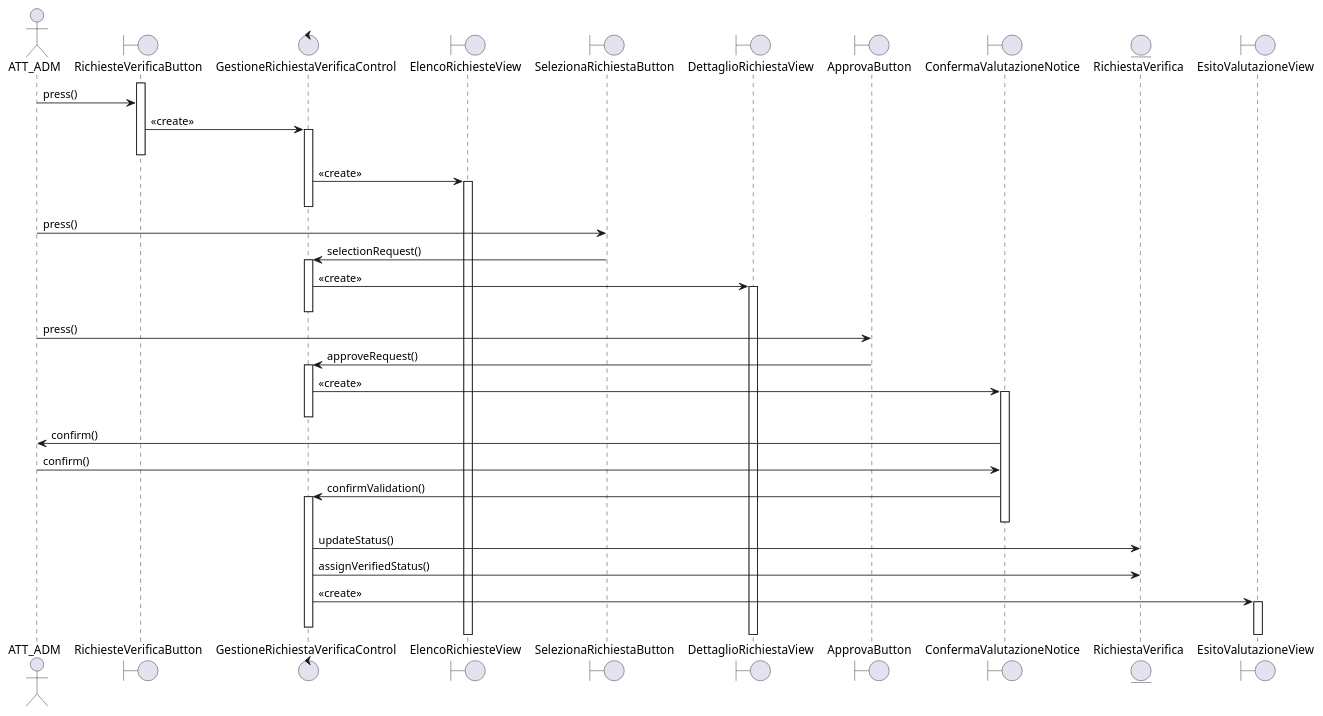
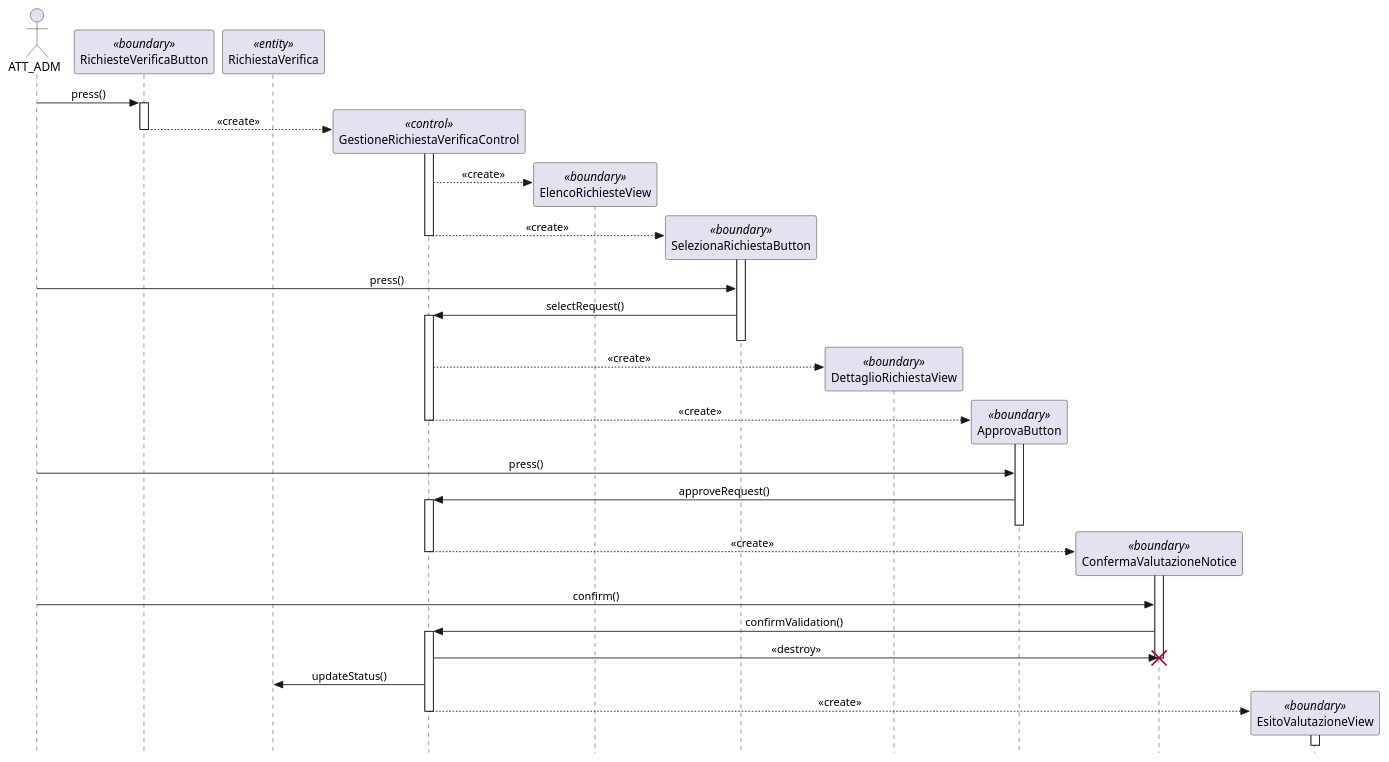
The diagram in RAD/src/SD/SD_GM_6.plantuml (rdelvacchio/AmplyMus), drawn with PlantUML before and after one commit. The commit also changed 5 other files, not shown here.

```diff
--- a/RAD/src/SD/SD_GM_6.plantuml
+++ b/RAD/src/SD/SD_GM_6.plantuml
@@ -1,47 +1,56 @@
 @startuml
+hide footbox
+skinparam style strictuml
+skinparam sequenceMessageAlign center
 
 actor ATT_ADM
-boundary "RichiesteVerificaButton" as A
-control "GestioneRichiestaVerificaControl" as B
-boundary "ElencoRichiesteView" as C
-boundary "SelezionaRichiestaButton" as D
-boundary "DettaglioRichiestaView" as E
-boundary "ApprovaButton" as F
-boundary "ConfermaValutazioneNotice" as G
-entity "RichiestaVerifica" as H
-boundary "EsitoValutazioneView" as I
+participant "RichiesteVerificaButton" as A <<boundary>>
+participant "RichiestaVerifica" as H <<entity>>
 
+ATT_ADM -> A : press()
 activate A
-ATT_ADM -> A : press()
 
-A -> B ++ : <<create>>
+create participant "GestioneRichiestaVerificaControl" as B <<control>>
+A --> B ++ : <<create>>
 deactivate A
 
-B -> C ++ : <<create>>
+create participant "ElencoRichiesteView" as C <<boundary>>
+B --> C  : <<create>>
+
+create participant "SelezionaRichiestaButton" as D <<boundary>>
+B --> D ++ : <<create>>
 deactivate B
 
 ATT_ADM -> D : press()
-D -> B ++ : selectionRequest()
+D -> B ++ : selectRequest()
+deactivate D
 
-B -> E ++ : <<create>>
+create participant "DettaglioRichiestaView" as E <<boundary>>
+B --> E : <<create>>
+
+create participant "ApprovaButton" as F <<boundary>>
+B --> F ++ : <<create>>
+deactivate F
 deactivate B
 
 ATT_ADM -> F : press()
 F -> B ++ : approveRequest()
+deactivate F
 
-B -> G ++ : <<create>>
+create participant "ConfermaValutazioneNotice" as G <<boundary>>
+B --> G ++ : <<create>>
 deactivate B
 
-G -> ATT_ADM : confirm()
 
 ATT_ADM -> G : confirm()
 G -> B ++ : confirmValidation()
+B -> G !! : <<destroy>>
 deactivate G
 
 B -> H : updateStatus()
-B -> H : assignVerifiedStatus()
 
-B -> I ++ : <<create>>
+create participant "EsitoValutazioneView" as I <<boundary>>
+B --> I ++ : <<create>>
+deactivate I
 deactivate B
-
 @enduml
```
